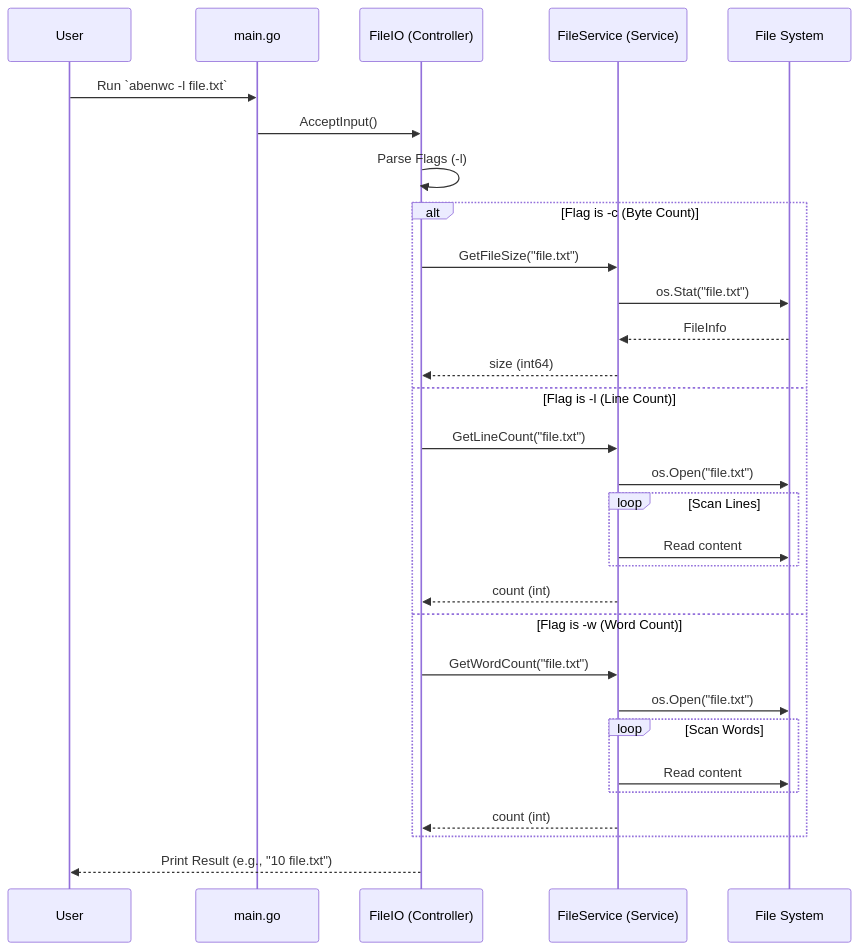
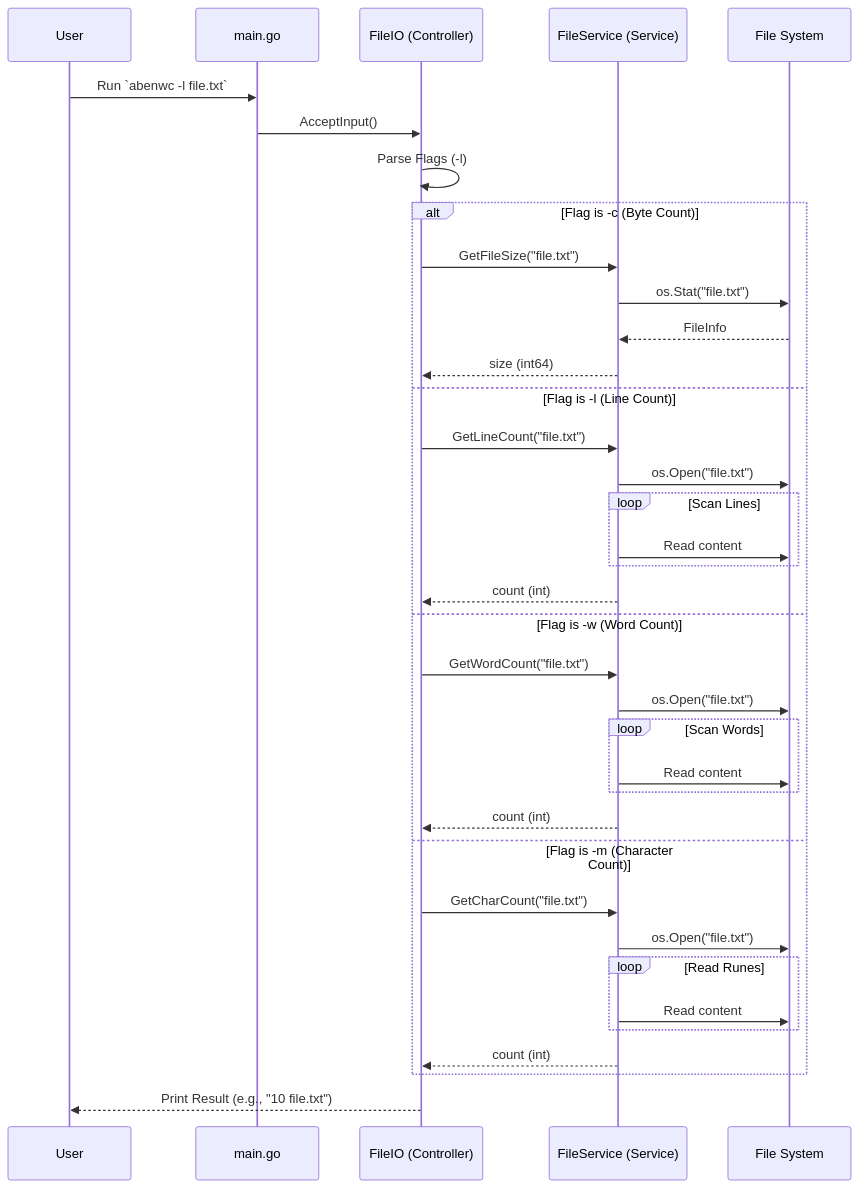
Before and after one commit to abeni-al7/aben-wc: the second of 2 diagrams in docs/architecture.md, drawn with Mermaid. The commit also changed other lines of this file, not shown here.

Commit message:
[docs] Update architecture docs based on the new character count feature

````diff
--- a/docs/architecture.md
+++ b/docs/architecture.md
@@ -58,35 +62,42 @@
 ```mermaid
 sequenceDiagram
     participant User
     participant Main as main.go
     participant Controller as FileIO (Controller)
     participant Service as FileService (Service)
     participant FS as File System
 
     User->>Main: Run `abenwc -l file.txt`
     Main->>Controller: AcceptInput()
     Controller->>Controller: Parse Flags (-l)
     
     alt Flag is -c (Byte Count)
         Controller->>Service: GetFileSize("file.txt")
         Service->>FS: os.Stat("file.txt")
         FS-->>Service: FileInfo
         Service-->>Controller: size (int64)
     else Flag is -l (Line Count)
         Controller->>Service: GetLineCount("file.txt")
         Service->>FS: os.Open("file.txt")
         loop Scan Lines
             Service->>FS: Read content
         end
         Service-->>Controller: count (int)
     else Flag is -w (Word Count)
         Controller->>Service: GetWordCount("file.txt")
         Service->>FS: os.Open("file.txt")
         loop Scan Words
             Service->>FS: Read content
         end
         Service-->>Controller: count (int)
+    else Flag is -m (Character Count)
+        Controller->>Service: GetCharCount("file.txt")
+        Service->>FS: os.Open("file.txt")
+        loop Read Runes
+            Service->>FS: Read content
+        end
+        Service-->>Controller: count (int)
     end
 
     Controller-->>User: Print Result (e.g., "10 file.txt")
 ```
````
